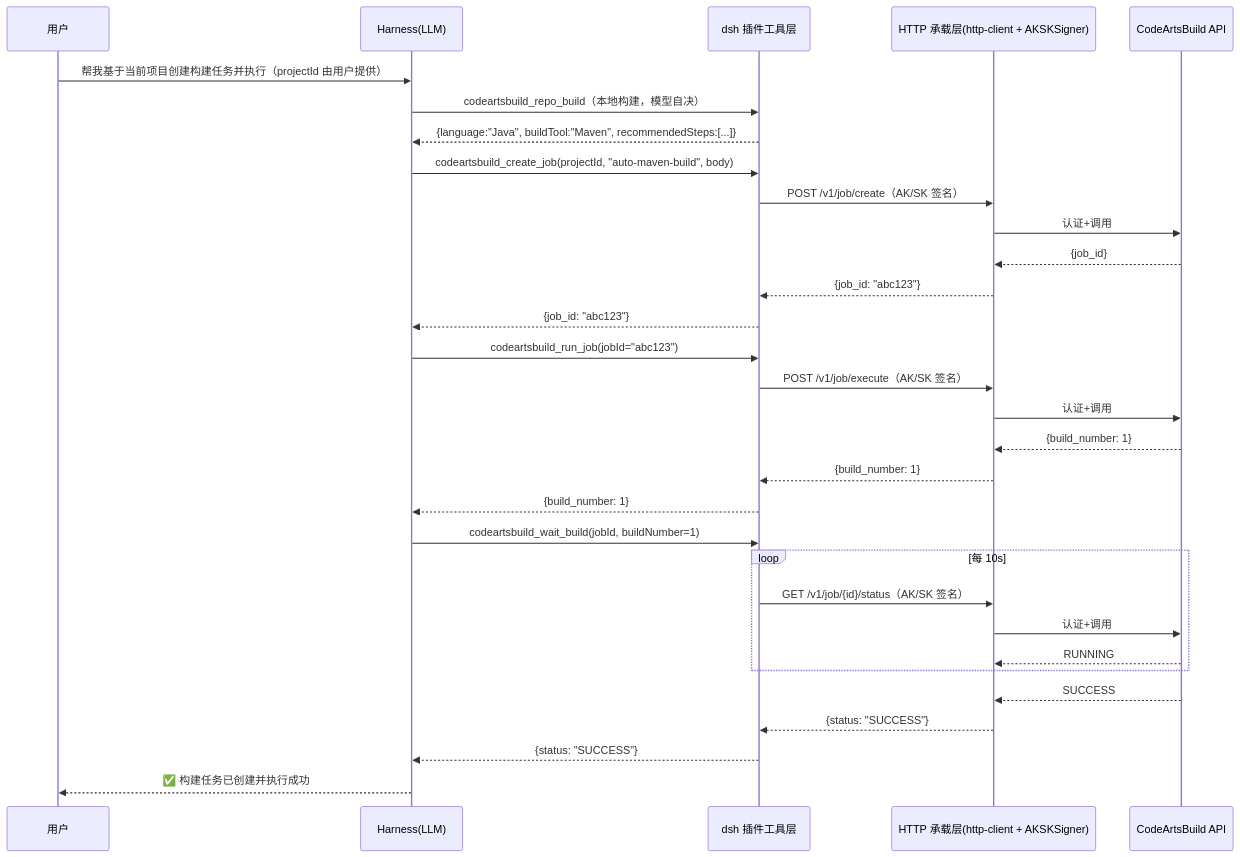
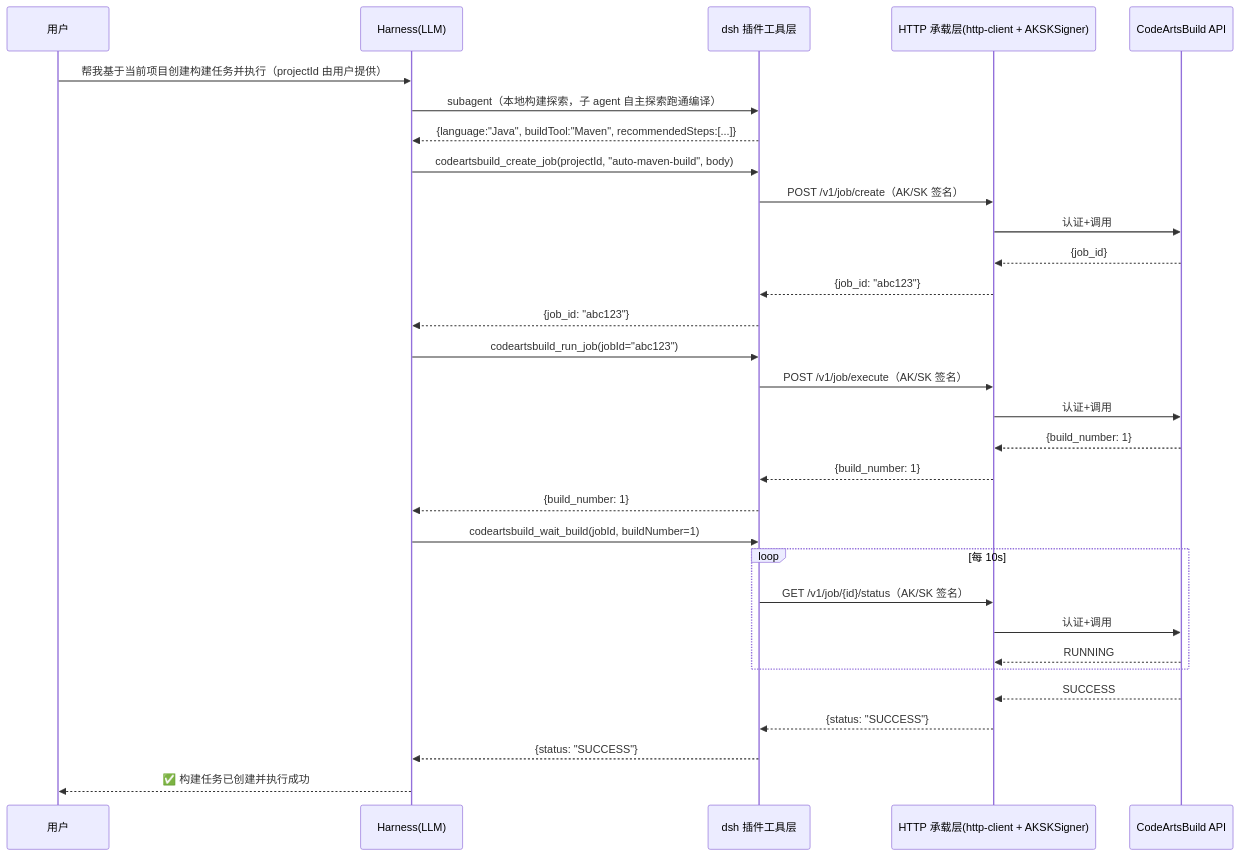
Before and after one commit to bald-newcomer/dsh-codeartsbuild: the second of 4 diagrams in docs/architecture/architecture.md, drawn with Mermaid. The commit also changed other lines of this file and 55 other files, not shown here.

First line of the commit message:
feat: FE-17/18/19 + register SKILL to ctx.skills, deprecate repo_build

````diff
--- a/docs/architecture/architecture.md
+++ b/docs/architecture/architecture.md
@@ -475,34 +469,34 @@
 ```mermaid
 sequenceDiagram
     participant U as 用户
     participant H as Harness(LLM)
     participant P as dsh 插件工具层
     participant C as HTTP 承载层(http-client + AKSKSigner)
     participant API as CodeArtsBuild API
 
     U->>H: 帮我基于当前项目创建构建任务并执行（projectId 由用户提供）
-    H->>P: codeartsbuild_repo_build（本地构建，模型自决）
+    H->>P: subagent（本地构建探索，子 agent 自主探索跑通编译）
     P-->>H: {language:"Java", buildTool:"Maven", recommendedSteps:[...]}
     H->>P: codeartsbuild_create_job(projectId, "auto-maven-build", body)
     P->>C: POST /v1/job/create（AK/SK 签名）
     C->>API: 认证+调用
     API-->>C: {job_id}
     C-->>P: {job_id: "abc123"}
     P-->>H: {job_id: "abc123"}
     H->>P: codeartsbuild_run_job(jobId="abc123")
     P->>C: POST /v1/job/execute（AK/SK 签名）
     C->>API: 认证+调用
     API-->>C: {build_number: 1}
     C-->>P: {build_number: 1}
     P-->>H: {build_number: 1}
     H->>P: codeartsbuild_wait_build(jobId, buildNumber=1)
     loop 每 10s
         P->>C: GET /v1/job/{id}/status（AK/SK 签名）
         C->>API: 认证+调用
         API-->>C: RUNNING
     end
     API-->>C: SUCCESS
     C-->>P: {status: "SUCCESS"}
     P-->>H: {status: "SUCCESS"}
     H-->>U: ✅ 构建任务已创建并执行成功
 ```
````
